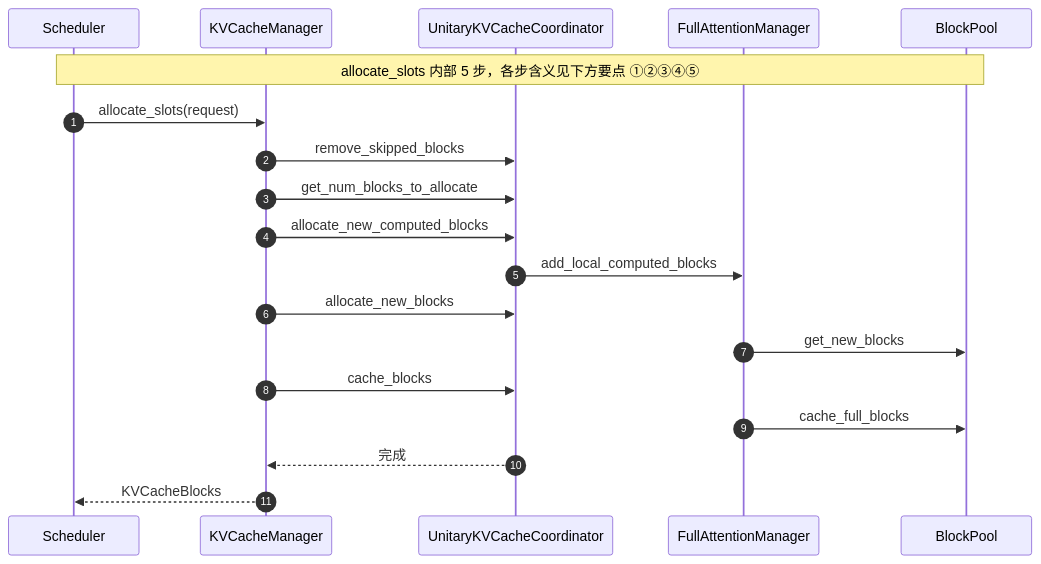
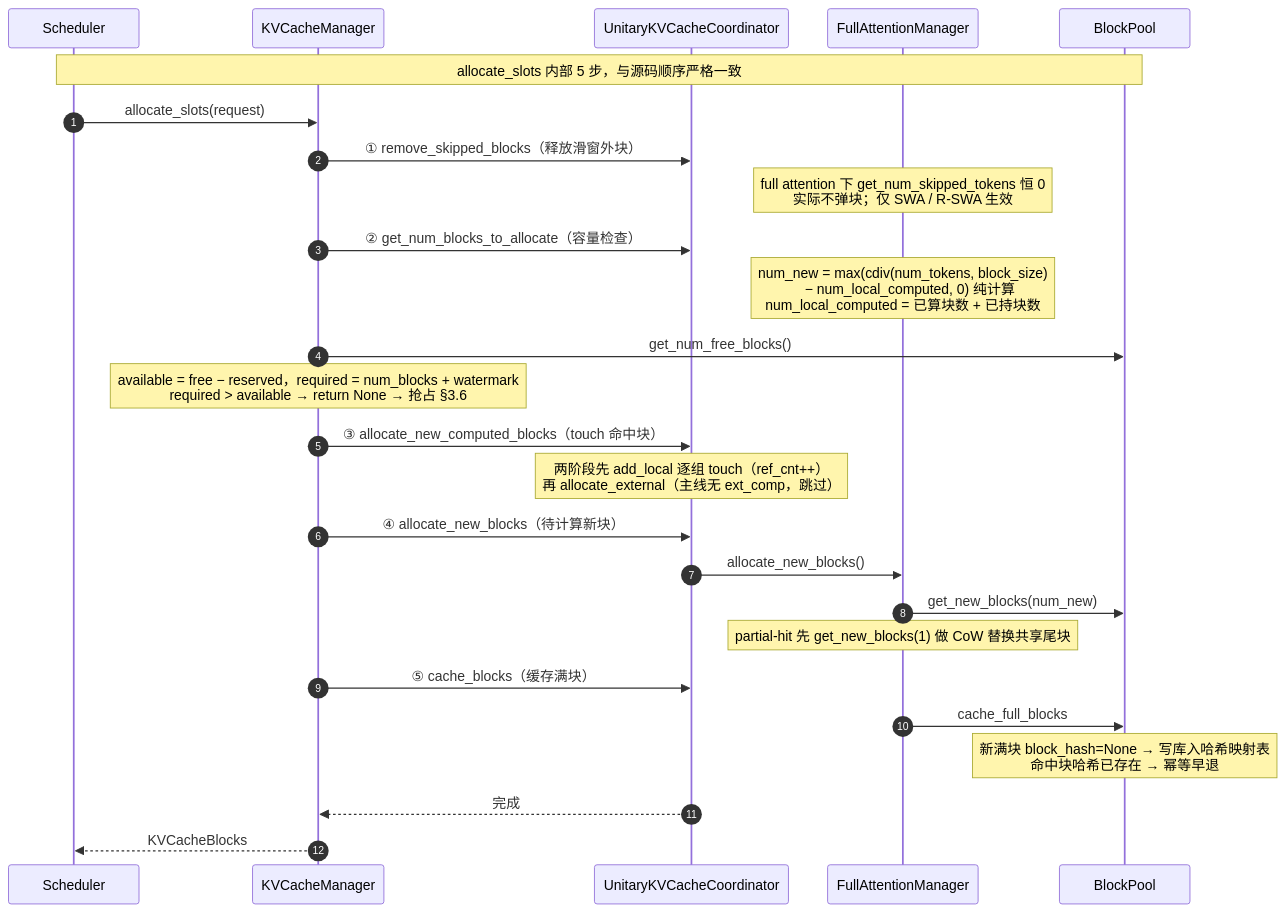
One commit to GoCHug/vllm changed the fifth of 9 diagrams in vllm/v1/core/kvcache_docs/0_end_to_end_sequence.md. Above: the diagram before and after it, drawn with Mermaid. The commit also changed other lines of this file, not shown here.

````diff
--- a/vllm/v1/core/kvcache_docs/0_end_to_end_sequence.md
+++ b/vllm/v1/core/kvcache_docs/0_end_to_end_sequence.md
@@ -250,22 +264,29 @@
 ```mermaid
 %%{init: {"themeVariables": {"actorFontSize": "11px", "messageFontSize": "11px", "noteFontSize": "11px"}, "sequence": {"actorMargin": 40, "messageMargin": 16, "noteMargin": 8, "boxMargin": 8, "boxTextMargin": 4, "messageAlign": "center", "mirrorActors": true, "height": 45}}}%%
 sequenceDiagram
     autonumber
     participant Scheduler
     participant KVCacheManager
     participant UnitaryKVCacheCoordinator
     participant FullAttentionManager
     participant BlockPool
-    Note over Scheduler,BlockPool: allocate_slots 内部 5 步，各步含义见下方要点 ①②③④⑤
+    Note over Scheduler,BlockPool: allocate_slots 内部 5 步，与源码顺序严格一致
     Scheduler->>KVCacheManager: allocate_slots(request)
-    KVCacheManager->>UnitaryKVCacheCoordinator: remove_skipped_blocks
-    KVCacheManager->>UnitaryKVCacheCoordinator: get_num_blocks_to_allocate
-    KVCacheManager->>UnitaryKVCacheCoordinator: allocate_new_computed_blocks
-    UnitaryKVCacheCoordinator->>FullAttentionManager: add_local_computed_blocks
-    KVCacheManager->>UnitaryKVCacheCoordinator: allocate_new_blocks
-    FullAttentionManager->>BlockPool: get_new_blocks
-    KVCacheManager->>UnitaryKVCacheCoordinator: cache_blocks
+    KVCacheManager->>UnitaryKVCacheCoordinator: ① remove_skipped_blocks（释放滑窗外块）
+    Note over FullAttentionManager: full attention 下 get_num_skipped_tokens 恒 0<br/>实际不弹块；仅 SWA / R-SWA 生效
+    KVCacheManager->>UnitaryKVCacheCoordinator: ② get_num_blocks_to_allocate（容量检查）
+    Note over FullAttentionManager: num_new = max(cdiv(num_tokens, block_size)<br/>　− num_local_computed, 0) 纯计算<br/>num_local_computed = 已算块数 + 已持块数
+    KVCacheManager->>BlockPool: get_num_free_blocks()
+    Note over KVCacheManager: available = free − reserved，required = num_blocks + watermark<br/>required > available → return None → 抢占 §3.6
+    KVCacheManager->>UnitaryKVCacheCoordinator: ③ allocate_new_computed_blocks（touch 命中块）
+    Note over UnitaryKVCacheCoordinator: 两阶段先 add_local 逐组 touch（ref_cnt++）<br/>再 allocate_external（主线无 ext_comp，跳过）
+    KVCacheManager->>UnitaryKVCacheCoordinator: ④ allocate_new_blocks（待计算新块）
+    UnitaryKVCacheCoordinator->>FullAttentionManager: allocate_new_blocks()
+    FullAttentionManager->>BlockPool: get_new_blocks(num_new)
+    Note over FullAttentionManager: partial-hit 先 get_new_blocks(1) 做 CoW 替换共享尾块
+    KVCacheManager->>UnitaryKVCacheCoordinator: ⑤ cache_blocks（缓存满块）
     FullAttentionManager->>BlockPool: cache_full_blocks
+    Note over BlockPool: 新满块 block_hash=None → 写库入哈希映射表<br/>命中块哈希已存在 → 幂等早退
     UnitaryKVCacheCoordinator-->>KVCacheManager: 完成
     KVCacheManager-->>Scheduler: KVCacheBlocks
 ```
````
